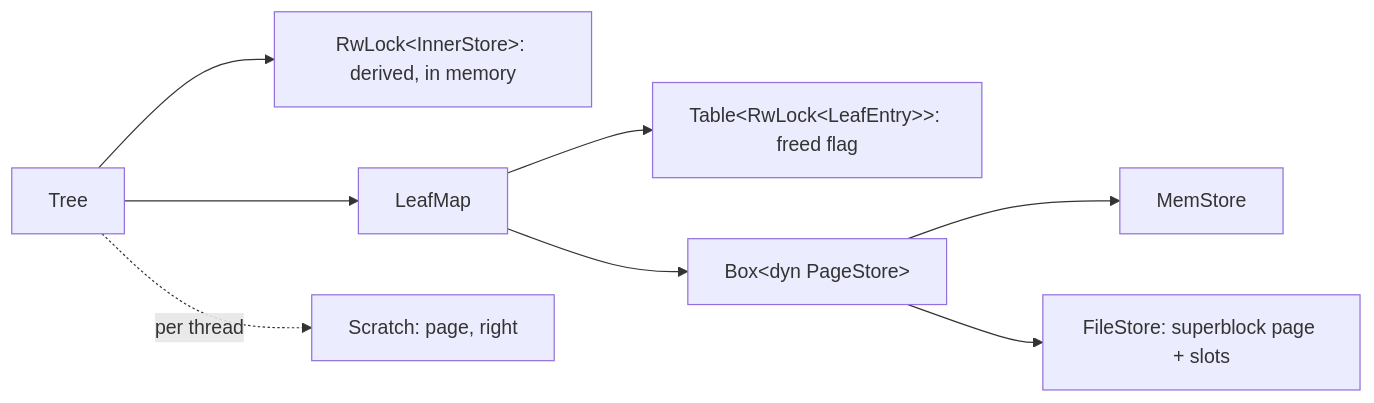
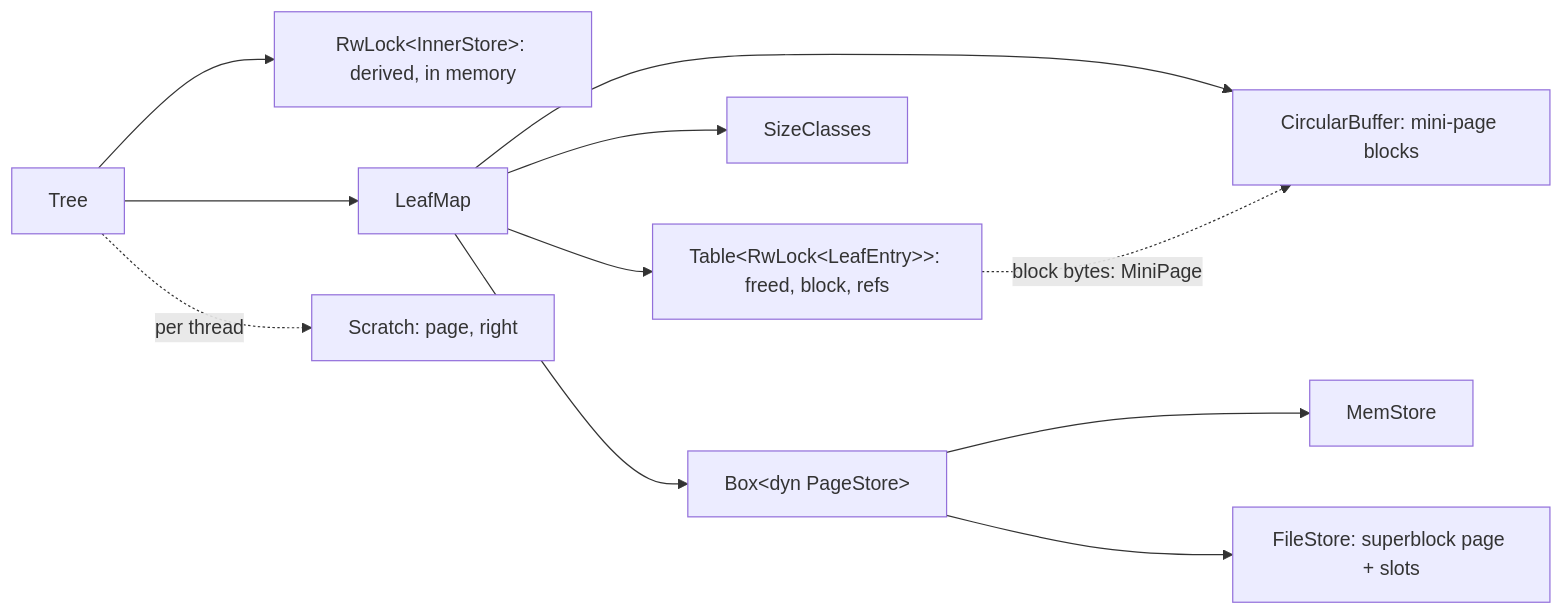
The first of 2 diagrams in docs/design/bf-tree-leaf-store.md (raydatray/peppydb), drawn with Mermaid before and after one commit. The commit also changed other lines of this file and 9 other files, not shown here.

````diff
--- a/docs/design/bf-tree-leaf-store.md
+++ b/docs/design/bf-tree-leaf-store.md
@@ -14,10 +16,13 @@
 ```mermaid
 flowchart LR
     Tree --> Inner["RwLock&lt;InnerStore&gt;: derived, in memory"]
     Tree --> Map["LeafMap"]
-    Map --> E["Table&lt;RwLock&lt;LeafEntry&gt;&gt;: freed flag"]
+    Map --> E["Table&lt;RwLock&lt;LeafEntry&gt;&gt;: freed, block, refs"]
+    Map --> CB["CircularBuffer: mini-page blocks"]
+    Map --> C["SizeClasses"]
     Map --> PS["Box&lt;dyn PageStore&gt;"]
+    E -. "block bytes: MiniPage" .-> CB
     PS --> Mem["MemStore"]
     PS --> File["FileStore: superblock page + slots"]
     Tree -. per thread .-> S["Scratch: page, right"]
 ```
````
